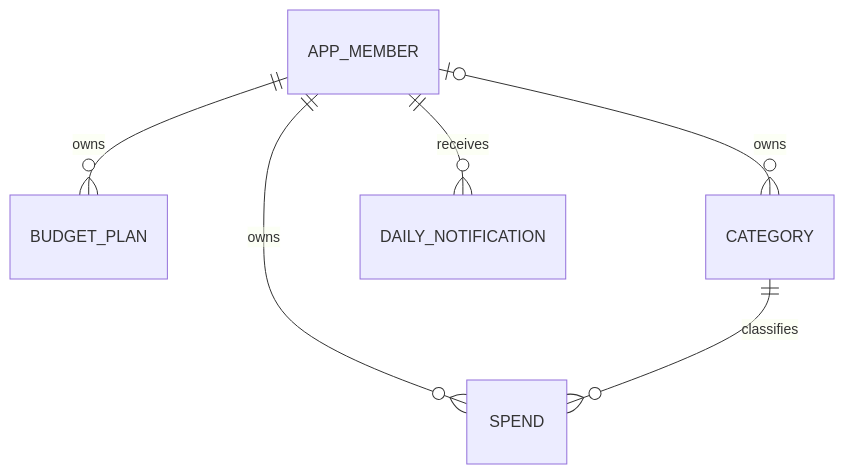
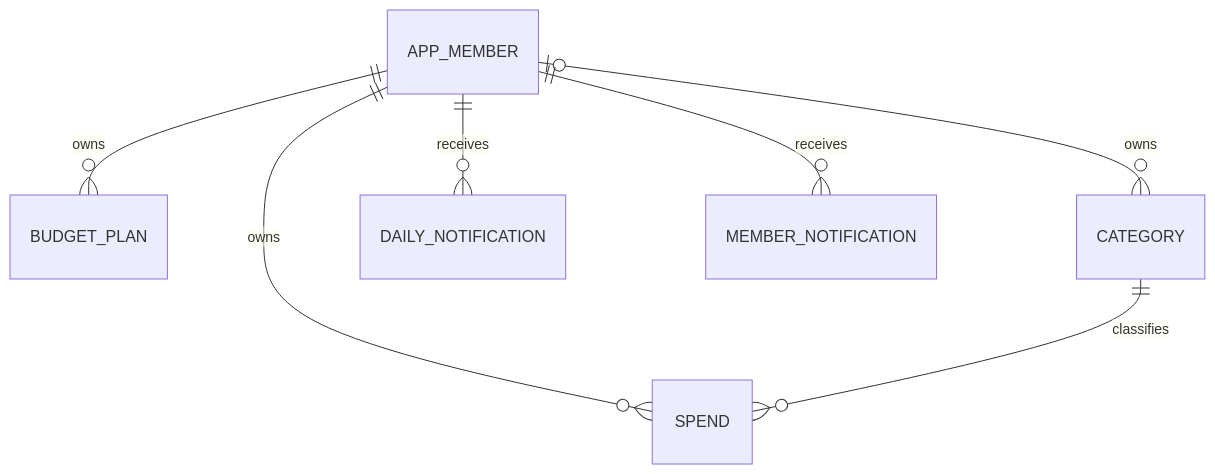
One commit to DongHyun22/Budget changed the diagram in docs/05-database.md. Above: the diagram before and after it, drawn with Mermaid. The commit also changed other lines of this file and 31 other files, not shown here.

````diff
--- a/docs/05-database.md
+++ b/docs/05-database.md
@@ -9,8 +9,9 @@
 ```mermaid
 erDiagram
     APP_MEMBER ||--o{ BUDGET_PLAN : owns
     APP_MEMBER o|--o{ CATEGORY : owns
     APP_MEMBER ||--o{ SPEND : owns
     CATEGORY ||--o{ SPEND : classifies
     APP_MEMBER ||--o{ DAILY_NOTIFICATION : receives
+    APP_MEMBER ||--o{ MEMBER_NOTIFICATION : receives
 ```
````
